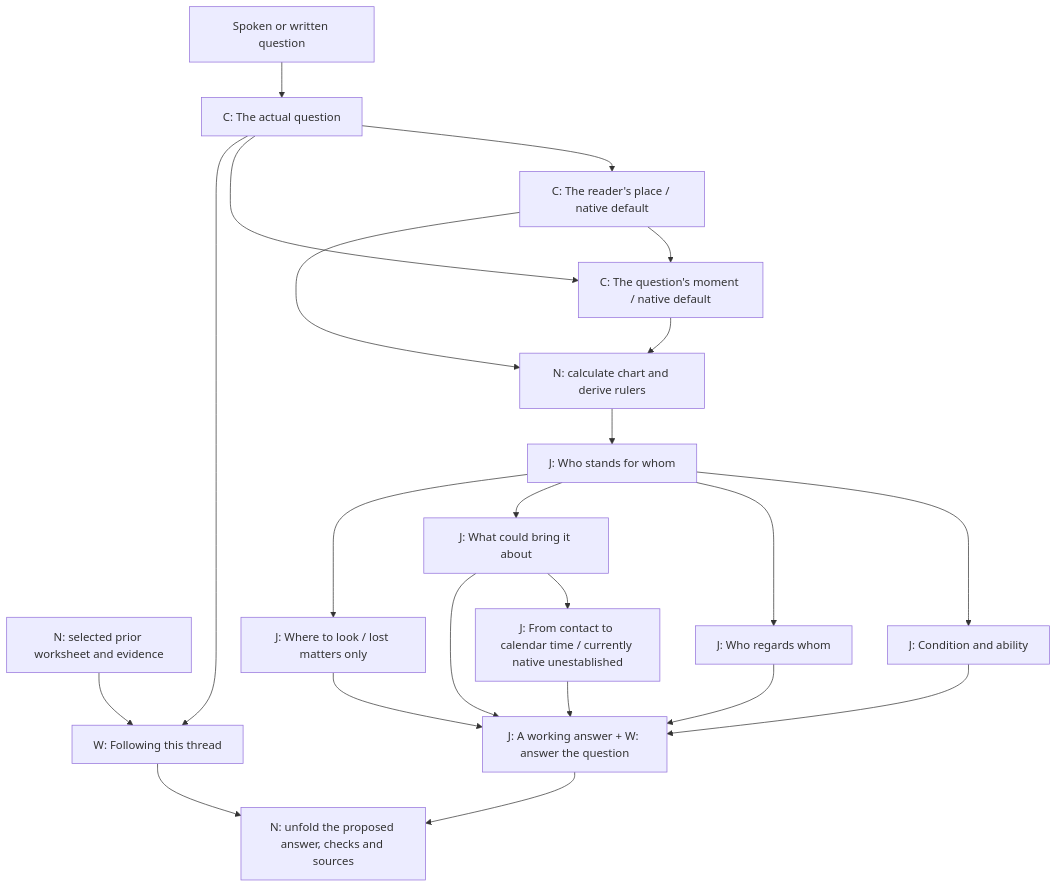
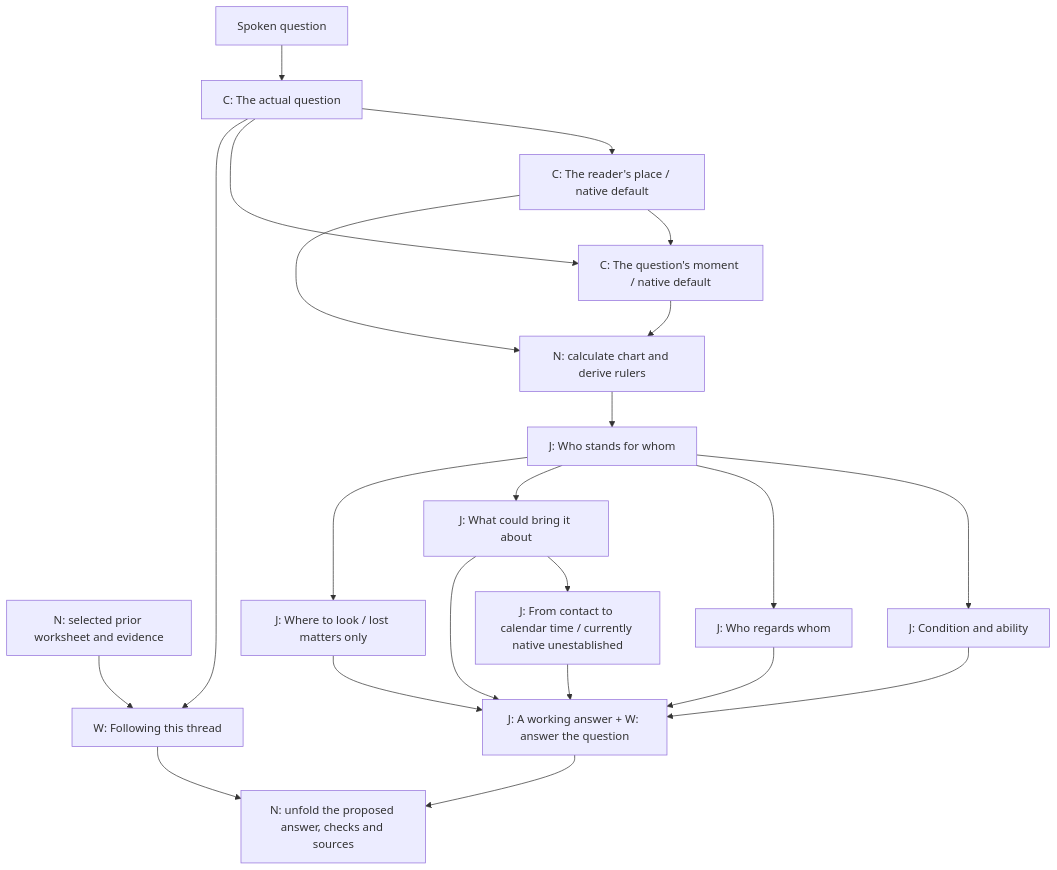
Before and after one commit to delysis/horary-web: the third of 5 diagrams in docs/LLM_PROCESS.md, drawn with Mermaid. The commit also changed other lines of this file and 18 other files, not shown here.

````diff
--- a/docs/LLM_PROCESS.md
+++ b/docs/LLM_PROCESS.md
@@ -51,49 +75,49 @@
 ```mermaid
 flowchart TB
-  words["Spoken or written question"]
+  words["Spoken question"]
   chart["N: calculate chart and derive rulers"]
   retained_step["N: selected prior worksheet and evidence"]
   intake["C: The actual question"]
   words --> intake
   click intake href "#lesson-intake" "Inspect its actual lesson"
   place["C: The reader's place / native default"]
   intake --> place
   click place href "#lesson-place" "Inspect its actual lesson"
   moment["C: The question's moment / native default"]
   intake --> moment
   place --> moment
   click moment href "#lesson-moment" "Inspect its actual lesson"
   significators["J: Who stands for whom"]
   chart --> significators
   click significators href "#lesson-significators_other" "Inspect its actual lesson"
   condition["J: Condition and ability"]
   significators --> condition
   click condition href "#lesson-condition" "Inspect its actual lesson"
   reception["J: Who regards whom"]
   significators --> reception
   click reception href "#lesson-reception" "Inspect its actual lesson"
   contacts["J: What could bring it about"]
   significators --> contacts
   click contacts href "#lesson-contacts" "Inspect its actual lesson"
   location["J: Where to look / lost matters only"]
   significators --> location
   click location href "#lesson-location" "Inspect its actual lesson"
   timing["J: From contact to calendar time / currently native unestablished"]
   contacts --> timing
   click timing href "#lesson-timing" "Inspect its actual lesson"
   judgment["J: A working answer + W: answer the question"]
   condition --> judgment
   reception --> judgment
   contacts --> judgment
   location --> judgment
   timing --> judgment
   click judgment href "#lesson-judgment" "Inspect its actual lesson"
   explanation["W: Following this thread"]
   intake --> explanation
   retained_step --> explanation
   click explanation href "#lesson-explanation" "Inspect its actual lesson"
   place --> chart
   moment --> chart
   judgment --> document["N: unfold the proposed answer, checks and sources"]
   explanation --> document
 ```
````
